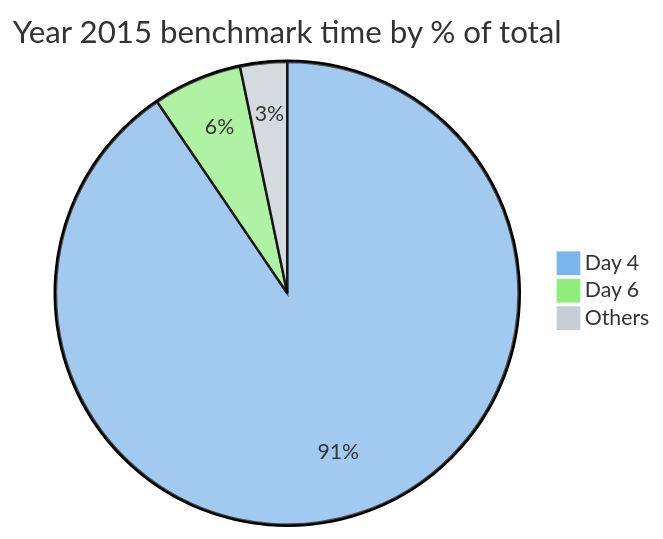
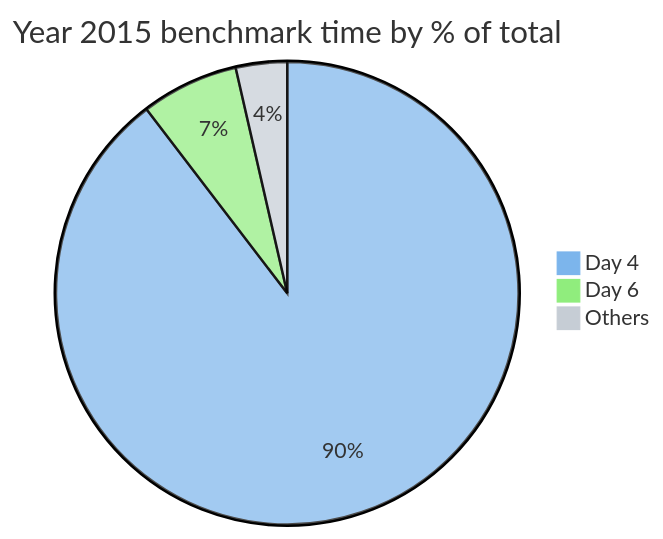
Before and after one commit to maneatingape/advent-of-code-rust: the sixth of 6 diagrams in README.md, drawn with Mermaid. The commit also changed other lines of this file and 4 other files, not shown here.

````diff
--- a/README.md
+++ b/README.md
@@ -265,8 +265,8 @@
 ```mermaid
 %%{init: {'theme': 'base', 'themeVariables': { 'pie1': '#7cb5ec', 'pie2': '#90ed7d', 'pie3': '#c6cdd5'}}}%%
 pie
     title Year 2015 benchmark time by % of total
-    "Day 4" : 84000
+    "Day 4" : 76000
     "Day 6" : 5780
     "Others" : 3037
 ```
````
